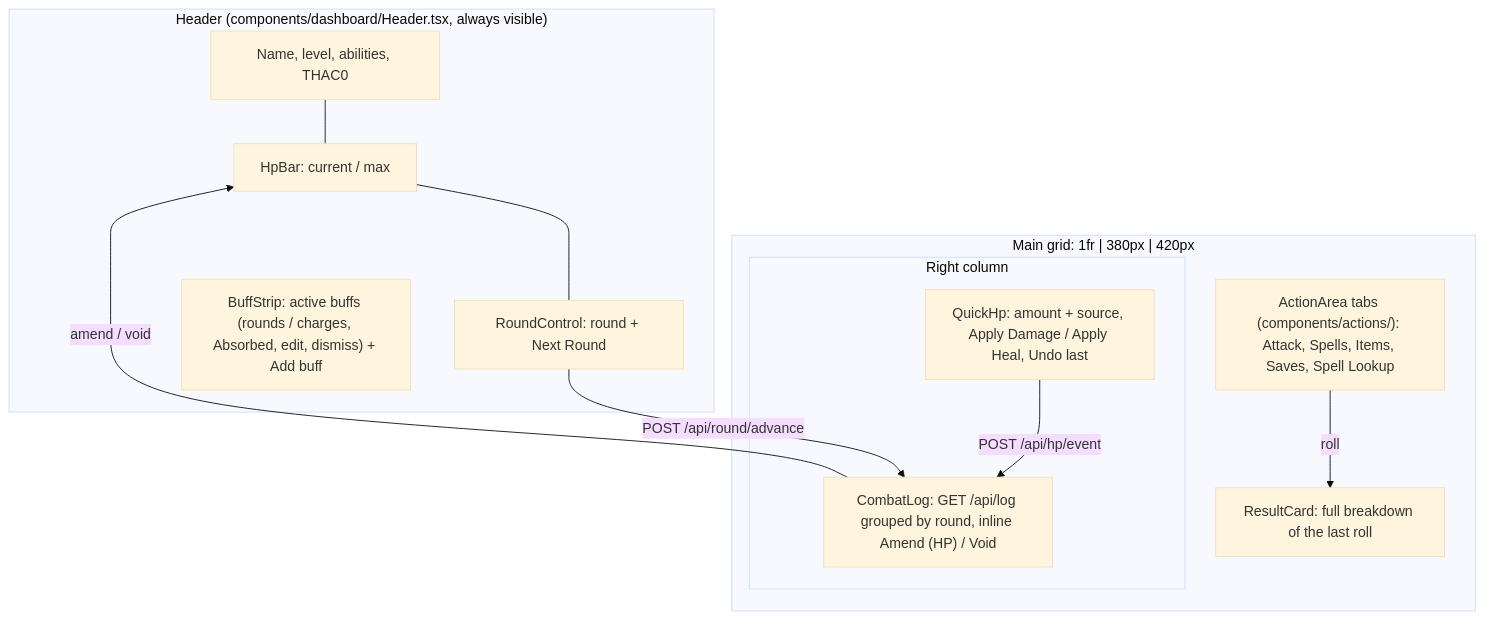
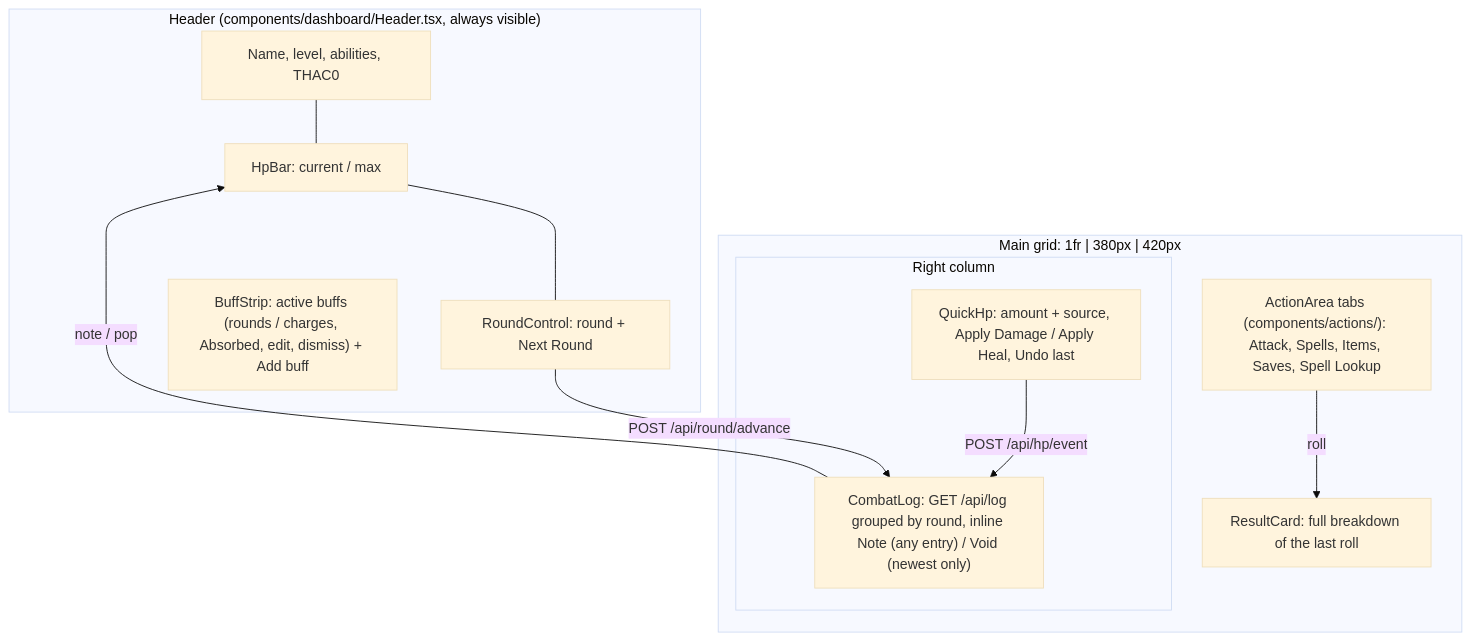
One commit to ceffo/critical changed the diagram in docs/frontend.md. Above: the diagram before and after it, drawn with Mermaid (base theme). The commit also changed other lines of this file and 51 other files, not shown here.

````diff
--- a/docs/frontend.md
+++ b/docs/frontend.md
@@ -33,19 +33,19 @@
 ```mermaid
 flowchart TD
   subgraph H["Header (components/dashboard/Header.tsx, always visible)"]
     ID["Name, level, abilities, THAC0"] --- HP["HpBar: current / max"] --- RC["RoundControl: round + Next Round"]
     BS["BuffStrip: active buffs (rounds / charges, Absorbed, edit, dismiss) + Add buff"]
   end
   subgraph M["Main grid: 1fr | 380px | 420px"]
     AA["ActionArea tabs (components/actions/): Attack, Spells, Items, Saves, Spell Lookup"]
     RCARD["ResultCard: full breakdown of the last roll"]
     subgraph R["Right column"]
       QH["QuickHp: amount + source, Apply Damage / Apply Heal, Undo last"]
-      CL["CombatLog: GET /api/log grouped by round, inline Amend (HP) / Void"]
+      CL["CombatLog: GET /api/log grouped by round, inline Note (any entry) / Void (newest only)"]
     end
   end
   AA -->|roll| RCARD
   QH -->|POST /api/hp/event| CL
-  CL -->|amend / void| HP
+  CL -->|note / pop| HP
   RC -->|POST /api/round/advance| CL
 ```
````
